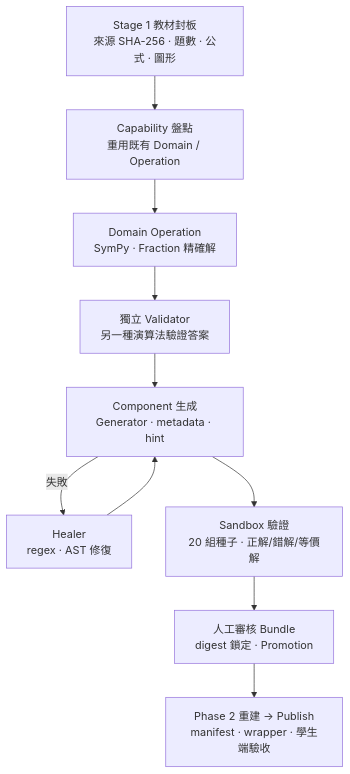
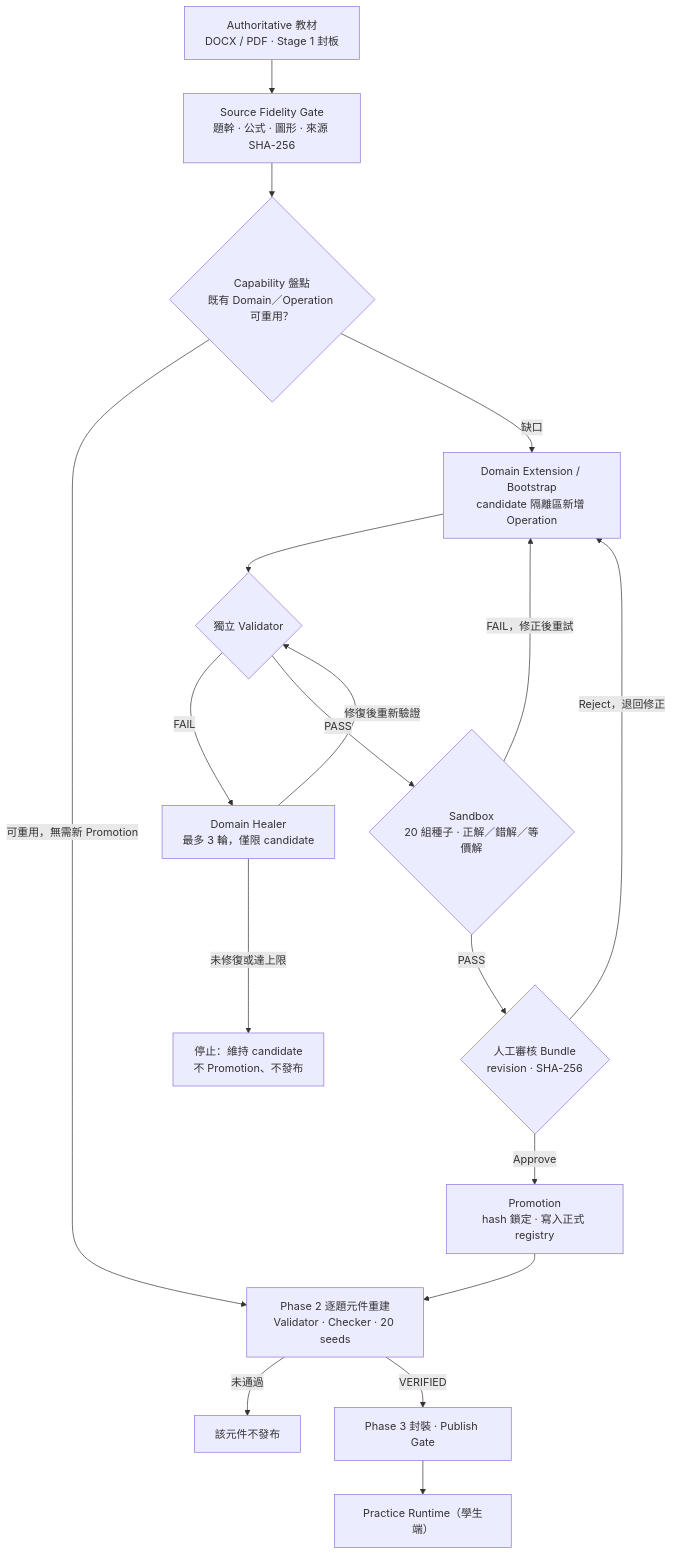
The second of 3 diagrams in README.md (yyfsunnyboy/Mathproject_tvet_mathB), drawn with Mermaid before and after one commit. The commit also changed other lines of this file and 3 other files, not shown here.

Commit message:
docs: finalize MathProject README and architecture showcase

````diff
--- a/README.md
+++ b/README.md
@@ -54,12 +128,20 @@
 ```mermaid
 flowchart TD
-    A["Stage 1 教材封板<br/>來源 SHA-256 · 題數 · 公式 · 圖形"] --> B["Capability 盤點<br/>重用既有 Domain / Operation"]
-    B --> C["Domain Operation<br/>SymPy · Fraction 精確解"]
-    C --> D["獨立 Validator<br/>另一種演算法驗證答案"]
-    D --> E["Component 生成<br/>Generator · metadata · hint"]
-    E -->|失敗| H["Healer<br/>regex · AST 修復"]
-    H --> E
-    E --> F["Sandbox 驗證<br/>20 組種子 · 正解/錯解/等價解"]
-    F --> G["人工審核 Bundle<br/>digest 鎖定 · Promotion"]
-    G --> I["Phase 2 重建 → Publish<br/>manifest · wrapper · 學生端驗收"]
+    A["Authoritative 教材<br/>DOCX / PDF · Stage 1 封板"] --> B["Source Fidelity Gate<br/>題幹 · 公式 · 圖形 · 來源 SHA-256"]
+    B --> C{"Capability 盤點<br/>既有 Domain／Operation 可重用？"}
+    C -->|可重用，無需新 Promotion| G
+    C -->|缺口| D["Domain Extension / Bootstrap<br/>candidate 隔離區新增 Operation"]
+    D --> V{"獨立 Validator"}
+    V -->|FAIL| H["Domain Healer<br/>最多 3 輪，僅限 candidate"]
+    H -->|修復後重新驗證| V
+    H -->|未修復或達上限| X["停止：維持 candidate<br/>不 Promotion、不發布"]
+    V -->|PASS| S{"Sandbox<br/>20 組種子 · 正解／錯解／等價解"}
+    S -->|FAIL，修正後重試| D
+    S -->|PASS| R{"人工審核 Bundle<br/>revision · SHA-256"}
+    R -->|Reject，退回修正| D
+    R -->|Approve| P["Promotion<br/>hash 鎖定 · 寫入正式 registry"]
+    P --> G["Phase 2 逐題元件重建<br/>Validator · Checker · 20 seeds"]
+    G -->|未通過| N["該元件不發布"]
+    G -->|VERIFIED| K["Phase 3 封裝 · Publish Gate"]
+    K --> RT["Practice Runtime（學生端）"]
 ```
````
